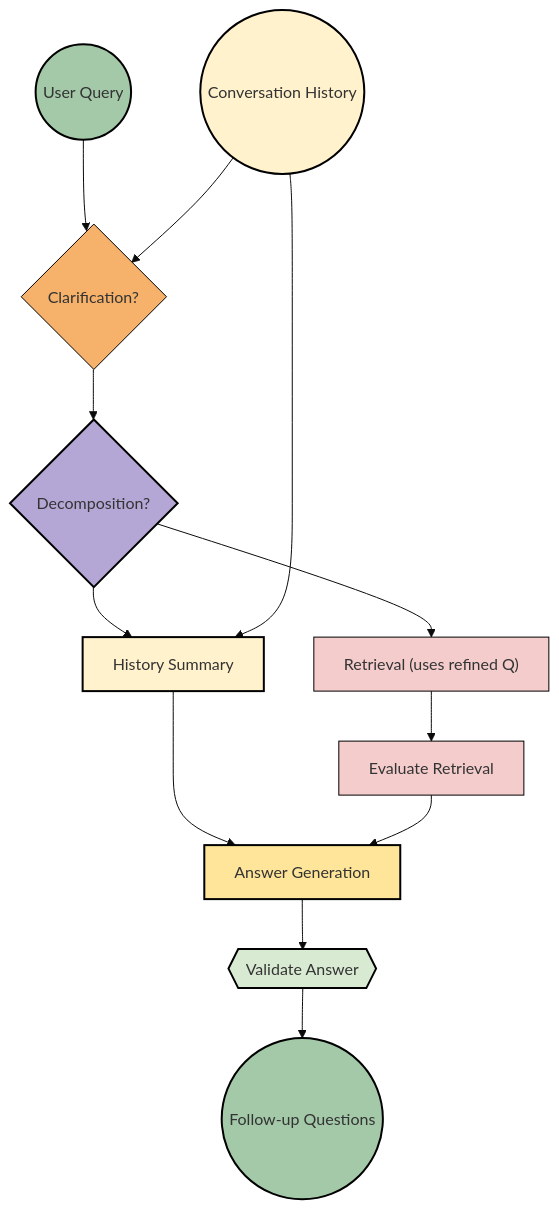
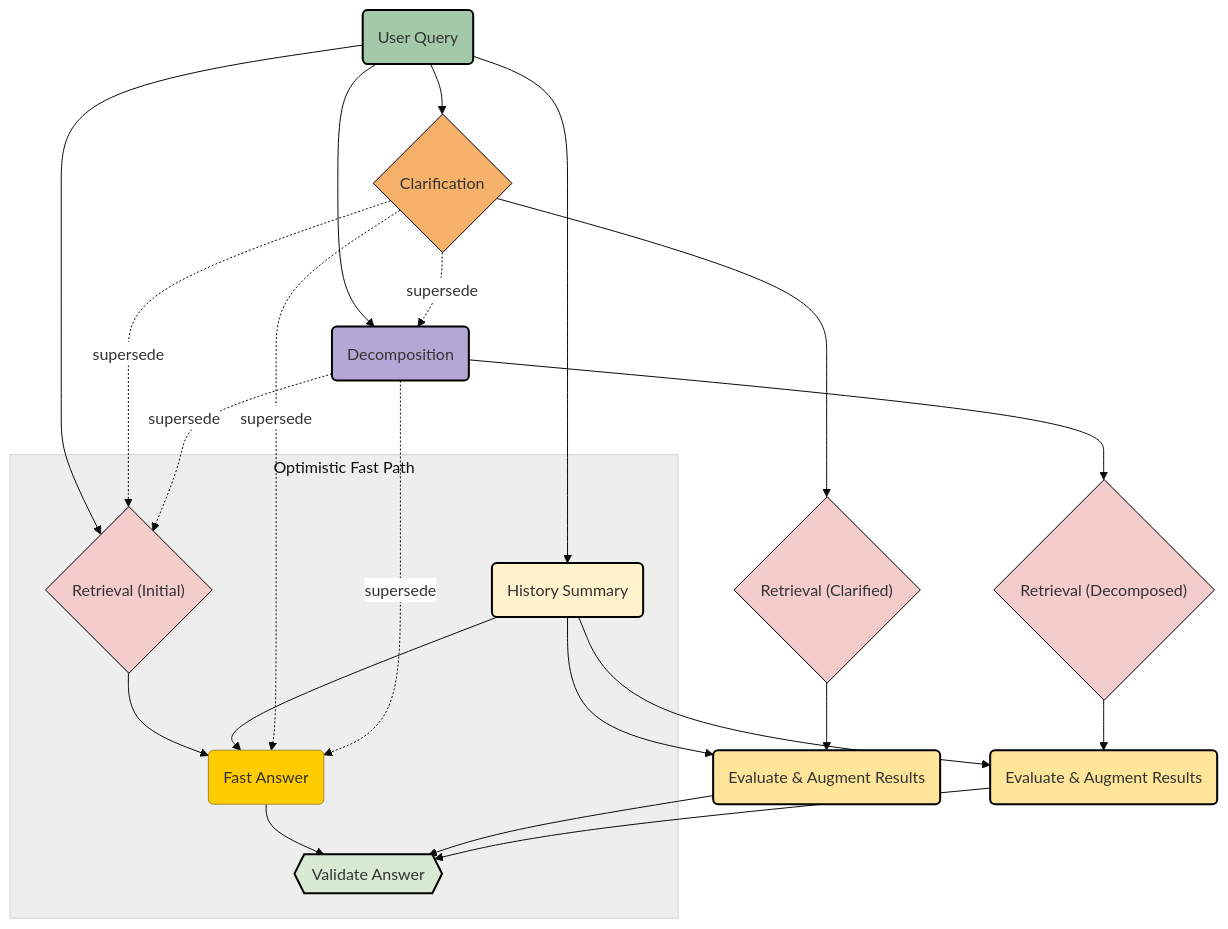
Before and after one commit to timpowellgit/healthcare-rag: the first of 2 diagrams in README.md, drawn with Mermaid.

Commit message:
Update flowchart in README.md to enhance clarity of query processing and speculative execution workflows
- Refined the flowchart to include a fast path for initial retrieval and answer generation, improving the representation of the system's operations.
- Added speculative execution paths for clarification and decomposition, allowing for a more comprehensive understanding of the query handling process.
- Updated styles and connections in the diagram to better illustrate the relationships between components and their functions.

````diff
--- a/README.md
+++ b/README.md
@@ -37,39 +37,52 @@
 ```mermaid
 %%{init: {'theme': 'base', 'themeVariables': {'primaryColor': '#ffcc00', 'edgeLabelBackground':'#ffffff', 'tertiaryColor': '#eee'}}}%%
 flowchart TD
   %% Inputs
-  Q(("User Query")):::queryStyle
-  H(("Conversation History")):::summaryStyle
+  Q("User Query"):::queryStyle
+  Summary("History Summary"):::summaryStyle
+  Q --> Summary
 
-  %% Processing Steps (Strictly Sequential)
-  C{Clarification?}:::clarificationStyle
-  D{Decomposition?}:::decompositionStyle
-  S["History Summary"]:::summaryStyle
-  R["Retrieval (uses refined Q)"]:::retrievalStyle
-  E["Evaluate Retrieval"]:::retrievalStyle
-  A["Answer Generation"]:::gapAnswerStyle
-  V{{"Validate Answer"}}:::validateStyle
-  F(("Follow-up Questions")):::queryStyle
+  %% Fast path (boxed)
+  subgraph FastPath ["Optimistic Fast Path"]
+    class FastPath fastPathStyle
+    R0{"Retrieval (Initial)"}:::retrievalStyle
+    FA("Fast Answer"):::fastAnswerStyle
+    R0 --> FA
+    Summary --> FA
+    FA --> V{{"Validate Answer"}}:::validateStyle
+  end
 
-  %% Linear Flow
-  Q --> C
-  H --> C
-  C --> D
-  D --> S
-  H --> S
-  D --> R
-  S --> A
-  R --> E
-  E --> A
-  A --> V
-  V --> F
+  Q --> R0
 
-  %% Styles (copied from other diagram)
+  %% Speculative execution
+  Q --> C{Clarification}:::clarificationStyle
+  Q --> D("Decomposition"):::decompositionStyle
+
+  %% Supersede fast path and decomposition
+  C -.->|supersede| R0
+  C -.->|supersede| FA
+  C -.->|supersede| D
+  D -.->|supersede| R0
+  D -.->|supersede| FA
+
+  %% Speculative retrievals
+  C --> RC{"Retrieval (Clarified)"}:::retrievalStyle
+  D --> RS{"Retrieval (Decomposed)"}:::retrievalStyle
+
+  %% Evaluate/Augment results before final answer/validation
+  RC --> G1("Evaluate & Augment Results"):::gapAnswerStyle
+  RS --> G2("Evaluate & Augment Results"):::gapAnswerStyle
+  Summary --> G1
+  Summary --> G2
+  G1 --> V
+  G2 --> V
+
+  %% Styles
   classDef queryStyle fill:#a3c9a8,stroke:#000,stroke-width:2px;
   classDef summaryStyle fill:#fff2cc,stroke:#000,stroke-width:2px;
   classDef retrievalStyle fill:#f4cccc,stroke:#000,stroke-width:1px;
   classDef validateStyle fill:#d9ead3,stroke:#000,stroke-width:2px;
   classDef clarificationStyle fill:#f6b26b,stroke:#000,stroke-width:1px;
   classDef decompositionStyle fill:#b4a7d6,stroke:#000,stroke-width:2px;
   classDef gapAnswerStyle fill:#ffe599,stroke:#000,stroke-width:2px;
 ```
````
